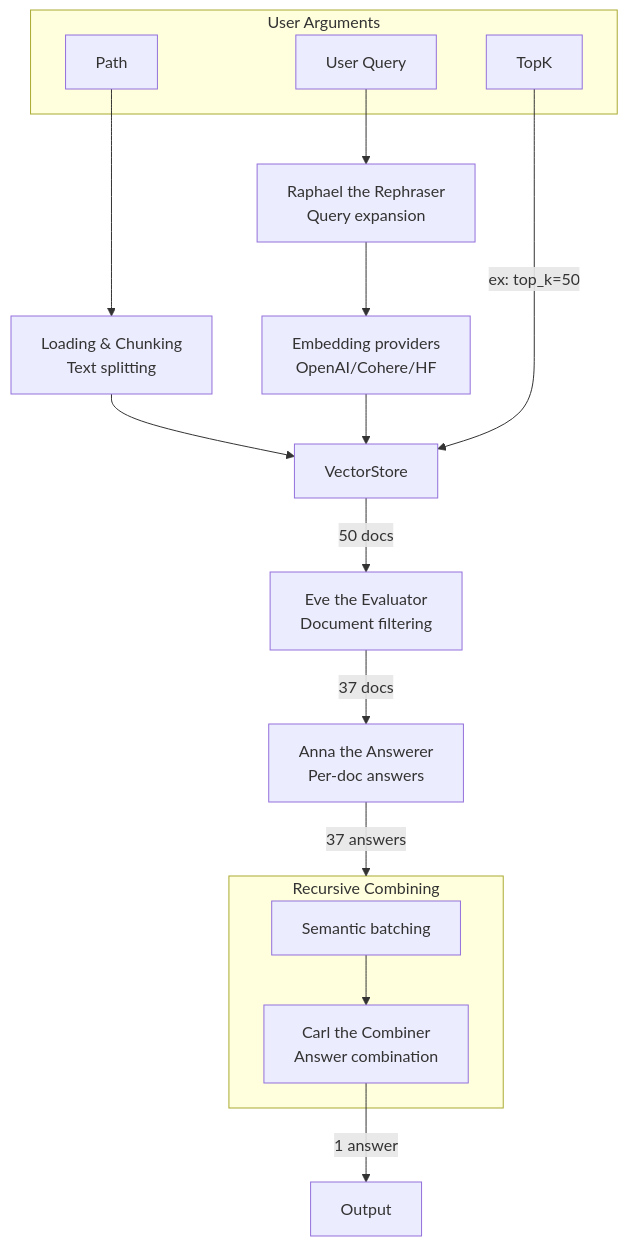
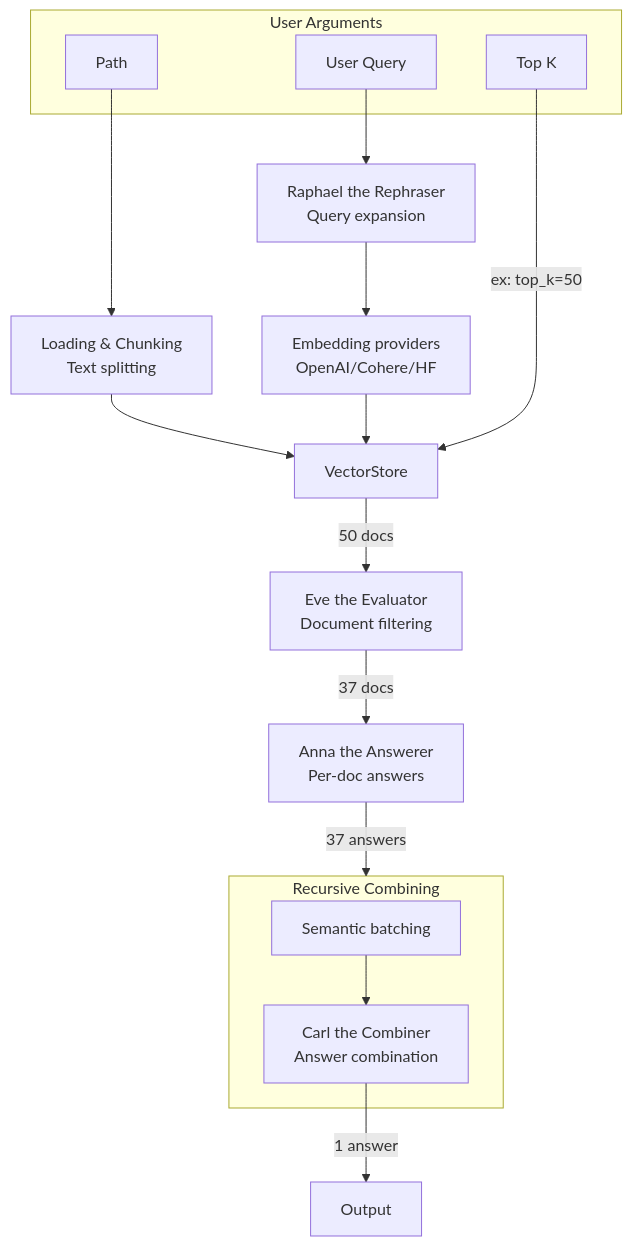
The diagram in images/diagram_query.mmd (thiswillbeyourgithub/wdoc), drawn with Mermaid before and after one commit. The commit also changed 1 other file, not shown here.

Commit message:
docs: rename TopK to "Top K" and update summary diagram arrow label

```diff
--- a/images/diagram_query.mmd
+++ b/images/diagram_query.mmd
@@ -1,33 +1,33 @@
 flowchart TD
     subgraph Inputs["User Arguments"]
         Path["Path"]
-        TopK["TopK"]
+        TopK["Top K"]
         UserQuery["User Query"]
     end
 
     Embeddings["Embedding providers<br/>OpenAI/Cohere/HF"]
     VectorStore["VectorStore"]
     Chunker["Loading & Chunking<br/>Text splitting"]
 
     Path --> Chunker
     Chunker --> VectorStore
     Embeddings --> VectorStore
 
     QueryOutput["Output"]
     Raphael["Raphael the Rephraser<br/>Query expansion"]
     Eve["Eve the Evaluator<br/>Document filtering"]
     Anna["Anna the Answerer<br/>Per-doc answers"]
     
     subgraph RecursiveCombining["Recursive Combining"]
         SemanticBatching["Semantic batching"]
         Carl["Carl the Combiner<br/>Answer combination"]
         SemanticBatching --> Carl
     end
     
     UserQuery --> Raphael
     Raphael --> Embeddings
     TopK -->|ex: top_k=50| VectorStore
     VectorStore -->|50 docs| Eve
     Eve -->|37 docs| Anna
     Anna -->|37 answers| RecursiveCombining
     Carl -->|1 answer| QueryOutput
```
